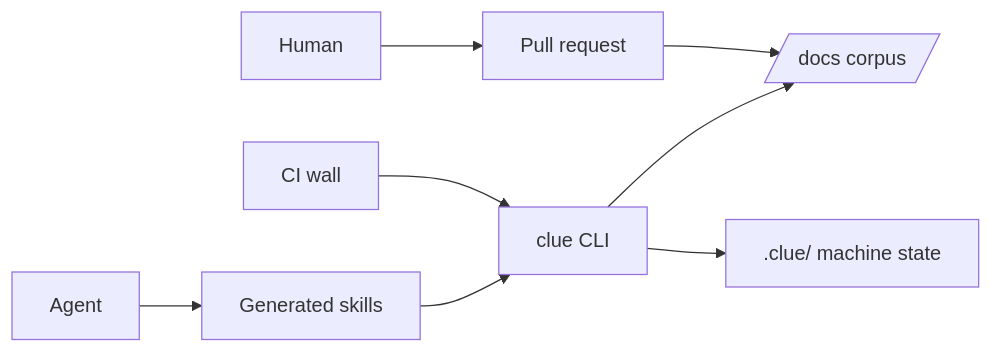
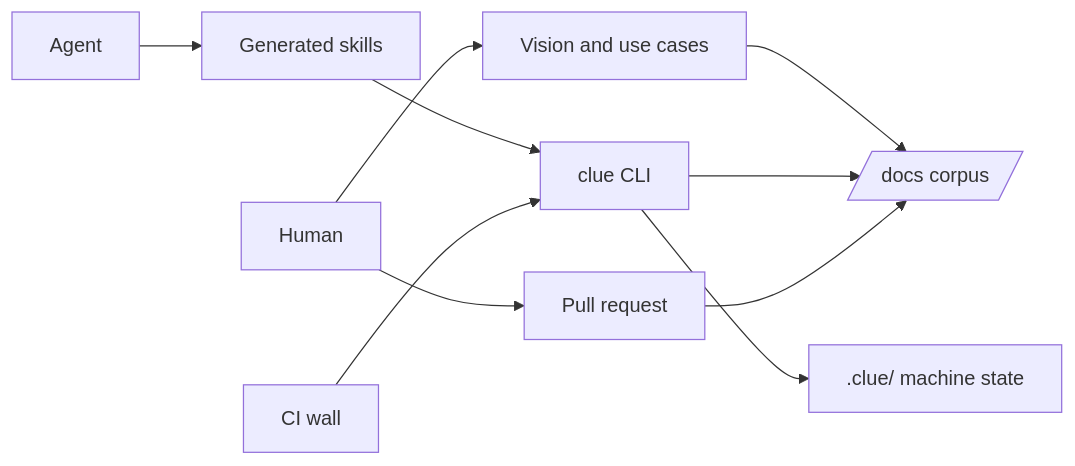
The diagram in docs/architecture/README.md (cliewen/cliewen), drawn with Mermaid before and after one commit. The commit also changed other lines of this file and 7 other files, not shown here.

````diff
--- a/docs/architecture/README.md
+++ b/docs/architecture/README.md
@@ -5,10 +5,12 @@
 ```mermaid
 flowchart LR
     Agent[Agent] --> Skills[Generated skills]
+    Human --> Intent["Vision and use cases"]
+    Intent --> Corpus
     Skills --> CLI[clue CLI]
     CLI --> Corpus[/docs corpus/]
     CLI --> State[".clue/ machine state"]
     CI[CI wall] --> CLI
     Human[Human] --> PR[Pull request]
     PR --> Corpus
 ```
````
